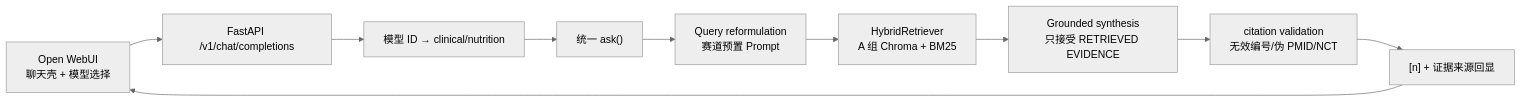
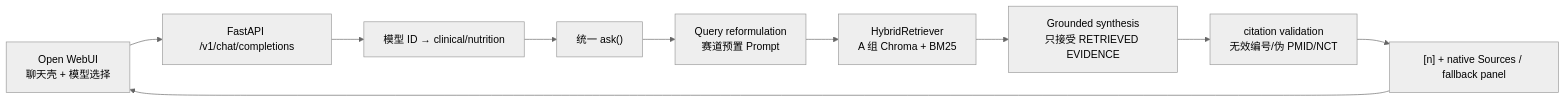
The diagram in evidence-assistant-mvp/docs/统一助手实现记录.md (redarcher28/Third-session), drawn with Mermaid (neutral theme) before and after one commit. The commit also changed other lines of this file and 1 other file, not shown here.

Commit message:
docs(b): document source panel and provider fallback

````diff
--- a/evidence-assistant-mvp/docs/统一助手实现记录.md
+++ b/evidence-assistant-mvp/docs/统一助手实现记录.md
@@ -88,12 +88,12 @@
 ```mermaid
 flowchart LR
   UI["Open WebUI\n聊天壳 + 模型选择"] --> API["FastAPI /v1/chat/completions"]
   API --> MAP["模型 ID → clinical/nutrition"]
   MAP --> ASK["统一 ask()"]
   ASK --> REWRITE["Query reformulation\n赛道预置 Prompt"]
   REWRITE --> RETRIEVE["HybridRetriever\nA 组 Chroma + BM25"]
   RETRIEVE --> GROUND["Grounded synthesis\n只接受 RETRIEVED EVIDENCE"]
   GROUND --> CHECK["citation validation\n无效编号/伪 PMID/NCT"]
-  CHECK --> FOOTER["[n] + 证据来源回显"]
-  FOOTER --> UI
+  CHECK --> SOURCES["[n] + native Sources / fallback panel"]
+  SOURCES --> UI
 ```
````
